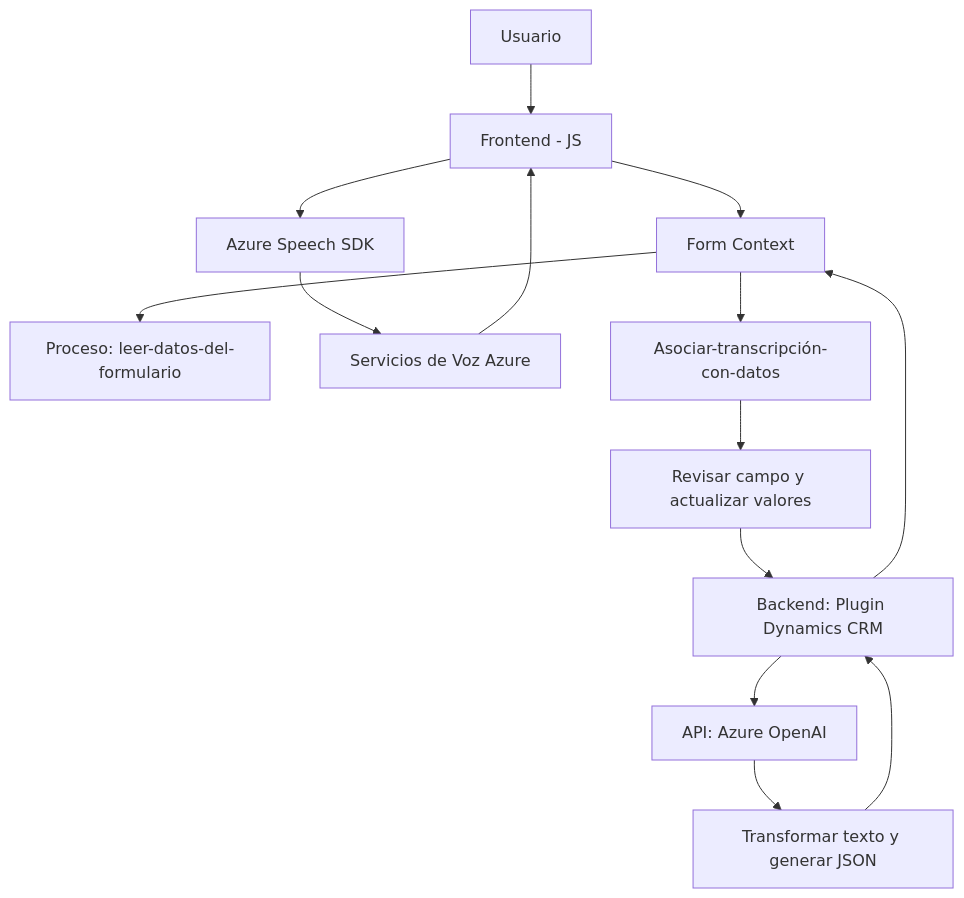
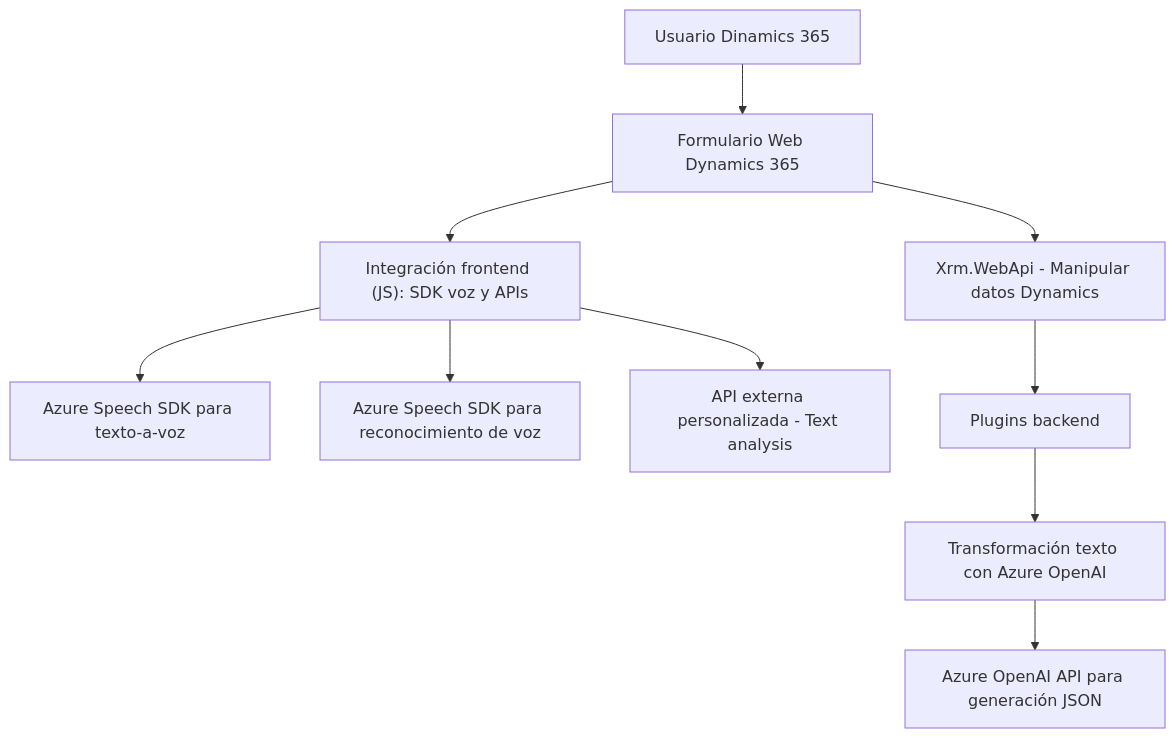
One commit to blopezdm/NETCORE_BILBAO2025 changed the diagram in README.md. Above: the diagram before and after it, drawn with Mermaid. The commit also changed other lines of this file, not shown here.

Commit message:
Actualizar análisis global de la solución con IA

````diff
--- a/README.md
+++ b/README.md
@@ -30,16 +41,12 @@
 ```mermaid
 graph TD
-    A["Usuario"] --> B["Frontend - JS"]
-    B["Frontend - JS"] --> C["Azure Speech SDK"]
-    B --> D["Form Context"]
-    D --> E["Proceso: leer-datos-del-formulario"]
-    C --> F["Servicios de Voz Azure"]
-    F --> B
-    D --> G["Asociar-transcripción-con-datos"]
-    G --> H["Revisar campo y actualizar valores"]
-    H --> I["Backend: Plugin Dynamics CRM"]
-    I --> J["API: Azure OpenAI"]
-    J --> K["Transformar texto y generar JSON"]
-    K --> I
-    I --> D
+A["Usuario Dinamics 365"] --> B["Formulario Web Dynamics 365"]
+B --> C["Integración frontend (JS): SDK voz y APIs"]
+C --> D["Azure Speech SDK para texto-a-voz"]
+C --> E["Azure Speech SDK para reconocimiento de voz"]
+B --> F["Xrm.WebApi - Manipular datos Dynamics"]
+F --> G["Plugins backend"]
+G --> H["Transformación texto con Azure OpenAI"]
+C --> I["API externa personalizada - Text analysis"]
+H --> J["Azure OpenAI API para generación JSON"]
 ```
````
